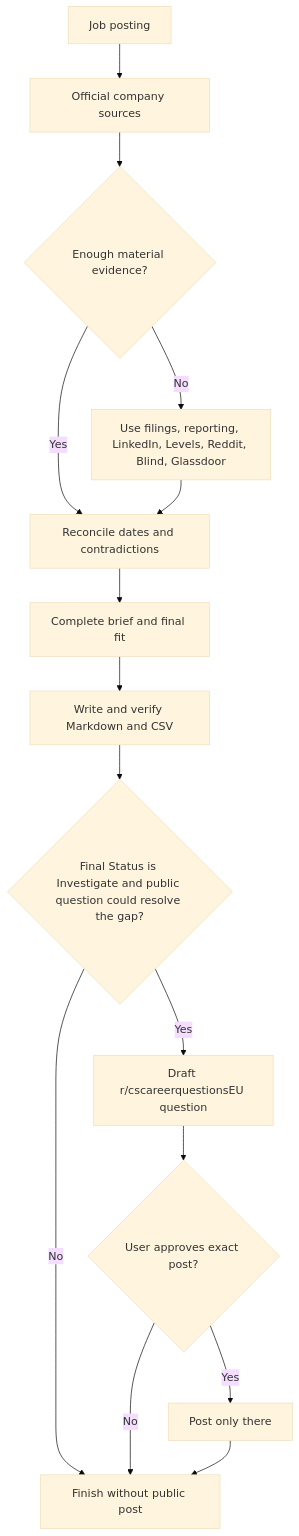
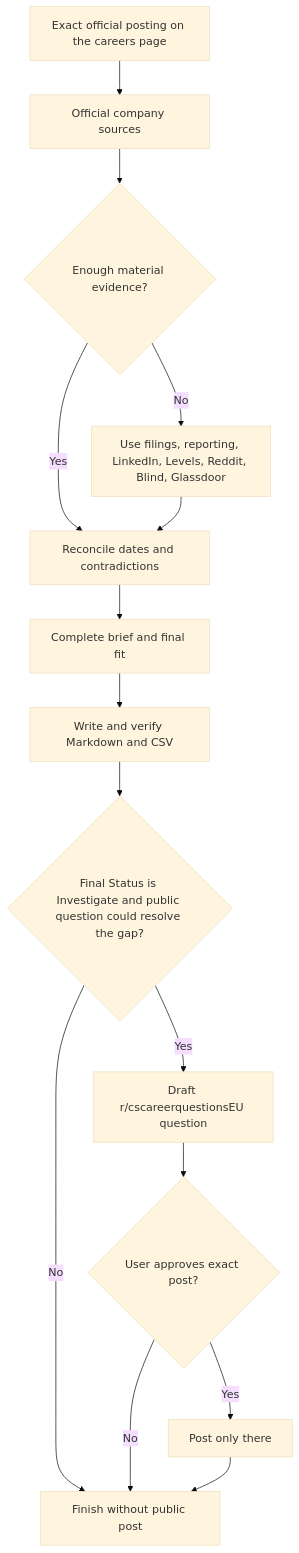
Before and after one commit to fsw0422/skills: the first of 2 diagrams in linkedin-job-pilot/references/company-research.md, drawn with Mermaid (base theme). The commit also changed other lines of this file and 5 other files, not shown here.

First line of the commit message:
feat(linkedin-job-pilot): careers page as source of truth for roles (#7)

```diff
--- a/linkedin-job-pilot/references/company-research.md
+++ b/linkedin-job-pilot/references/company-research.md
@@ -9,17 +9,17 @@
 ~~~mermaid
 flowchart TD
-    A[Job posting] --> B[Official company sources]
+    A[Exact official posting on the careers page] --> B[Official company sources]
     B --> C{Enough material evidence?}
     C -- No --> D[Use filings, reporting, LinkedIn, Levels, Reddit, Blind, Glassdoor]
     C -- Yes --> E[Reconcile dates and contradictions]
     D --> E
     E --> F[Complete brief and final fit]
     F --> G[Write and verify Markdown and CSV]
     G --> H{Final Status is Investigate and public question could resolve the gap?}
     H -- Yes --> I[Draft r/cscareerquestionsEU question]
     H -- No --> J[Finish without public post]
     I --> K{User approves exact post?}
     K -- Yes --> L[Post only there]
     K -- No --> J
     L --> J
 ~~~
```
